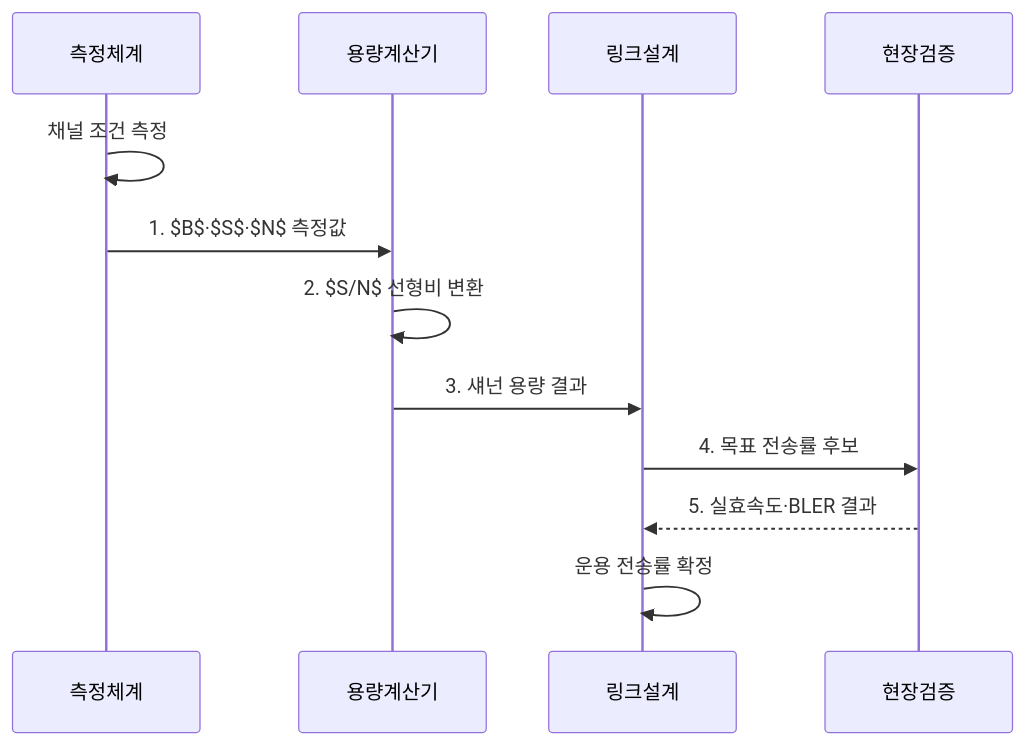
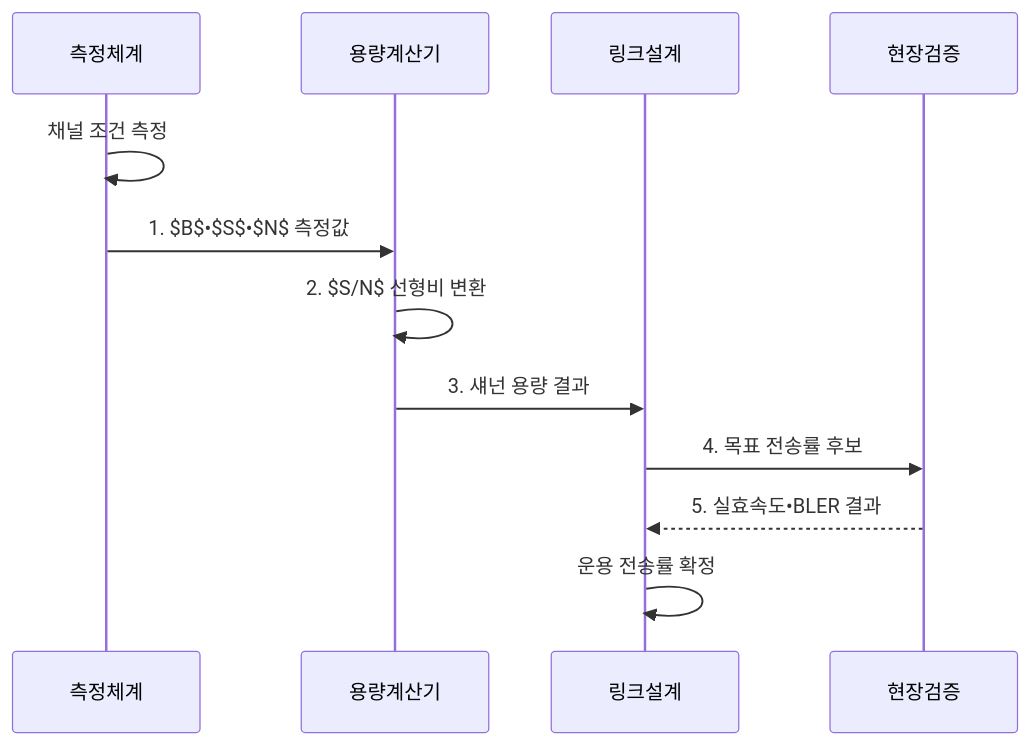
Before and after one commit to agnusdei1207/knowledge-base: the second of 2 diagrams in src/content/docs/notes/04-network/065_shannon_channel_capacity.md, drawn with Mermaid. The commit also changed other lines of this file and 953 other files, not shown here.

````diff
--- a/src/content/docs/notes/04-network/065_shannon_channel_capacity.md
+++ b/src/content/docs/notes/04-network/065_shannon_channel_capacity.md
@@ -104,14 +104,14 @@
 ```mermaid
 sequenceDiagram
     participant 측정체계
     participant 용량계산기
     participant 링크설계
     participant 현장검증
     측정체계->>측정체계: 채널 조건 측정
-    측정체계->>용량계산기: 1. $B$·$S$·$N$ 측정값
+    측정체계->>용량계산기: 1. $B$•$S$•$N$ 측정값
     용량계산기->>용량계산기: 2. $S/N$ 선형비 변환
     용량계산기->>링크설계: 3. 섀넌 용량 결과
     링크설계->>현장검증: 4. 목표 전송률 후보
-    현장검증-->>링크설계: 5. 실효속도·BLER 결과
+    현장검증-->>링크설계: 5. 실효속도•BLER 결과
     링크설계->>링크설계: 운용 전송률 확정
 ```
````
